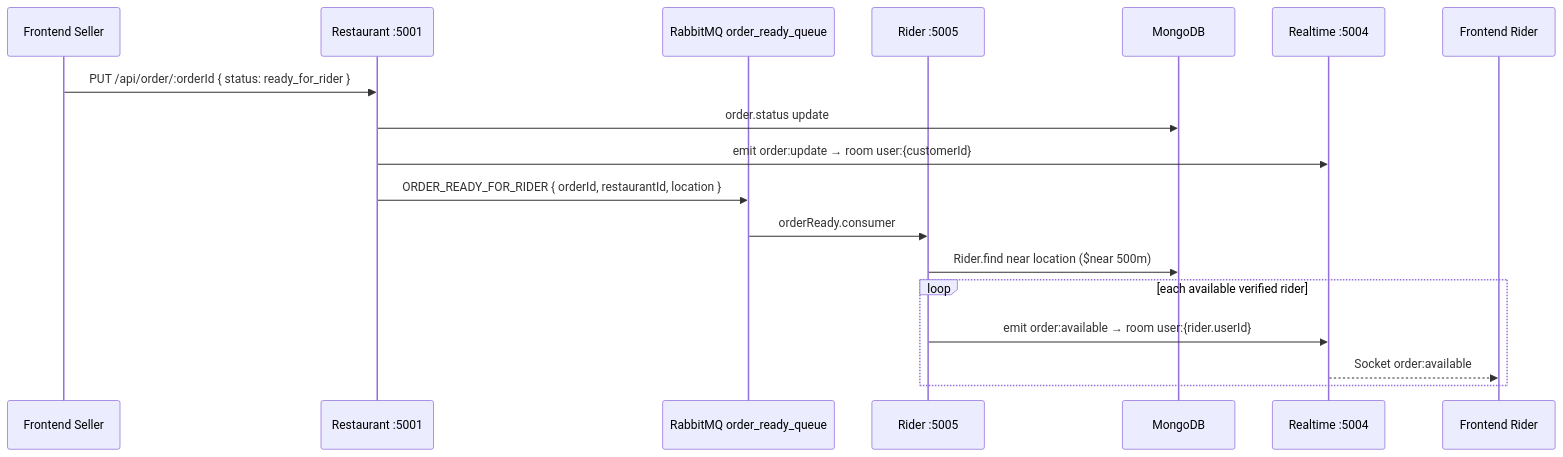
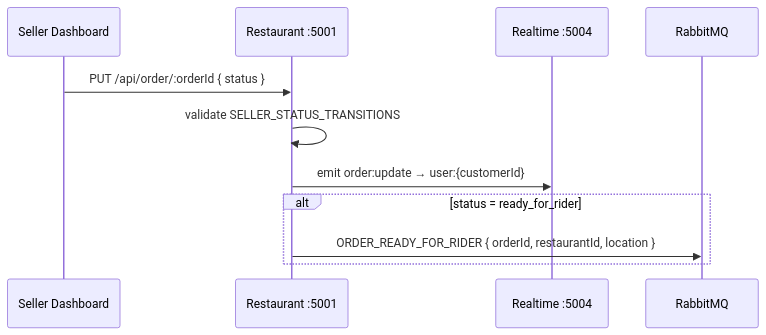
The sixth of 18 diagrams in ARCHITECTURE.md (subhm2004/ByteBites), drawn with Mermaid before and after one commit. The commit also changed other lines of this file and 1 other file, not shown here.

````diff
--- a/ARCHITECTURE.md
+++ b/ARCHITECTURE.md
@@ -186,22 +237,15 @@
 ```mermaid
 sequenceDiagram
-    participant FE as Frontend Seller
+    participant FE as Seller Dashboard
     participant R as Restaurant :5001
-    participant Q as RabbitMQ order_ready_queue
-    participant RID as Rider :5005
-    participant DB as MongoDB
     participant RT as Realtime :5004
-    participant FE2 as Frontend Rider
+    participant Q as RabbitMQ
 
-    FE->>R: PUT /api/order/:orderId { status: ready_for_rider }
-    R->>DB: order.status update
-    R->>RT: emit order:update → room user:{customerId}
-    R->>Q: ORDER_READY_FOR_RIDER { orderId, restaurantId, location }
+    FE->>R: PUT /api/order/:orderId { status }
+    R->>R: validate SELLER_STATUS_TRANSITIONS
+    R->>RT: emit order:update → user:{customerId}
 
-    Q->>RID: orderReady.consumer
-    RID->>DB: Rider.find near location ($near 500m)
-    loop each available verified rider
-        RID->>RT: emit order:available → room user:{rider.userId}
-        RT-->>FE2: Socket order:available
+    alt status = ready_for_rider
+        R->>Q: ORDER_READY_FOR_RIDER { orderId, restaurantId, location }
     end
 ```
````
